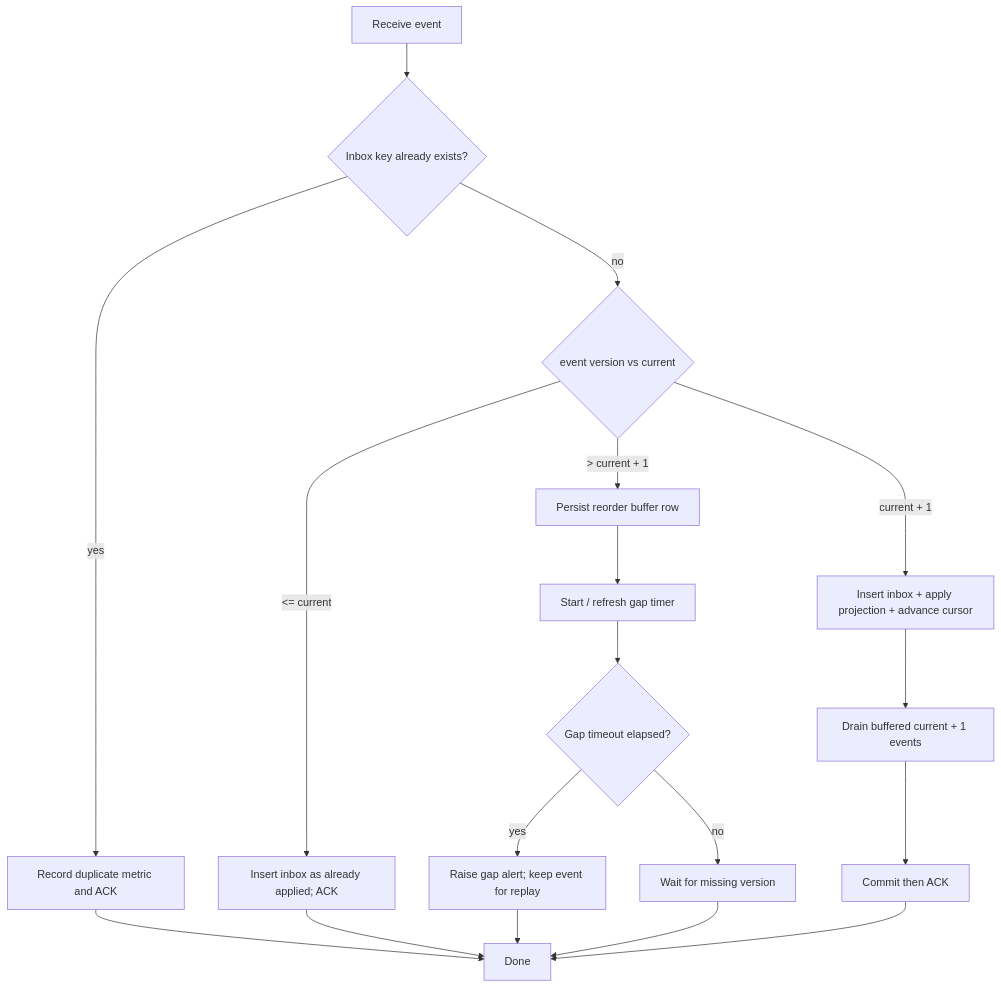
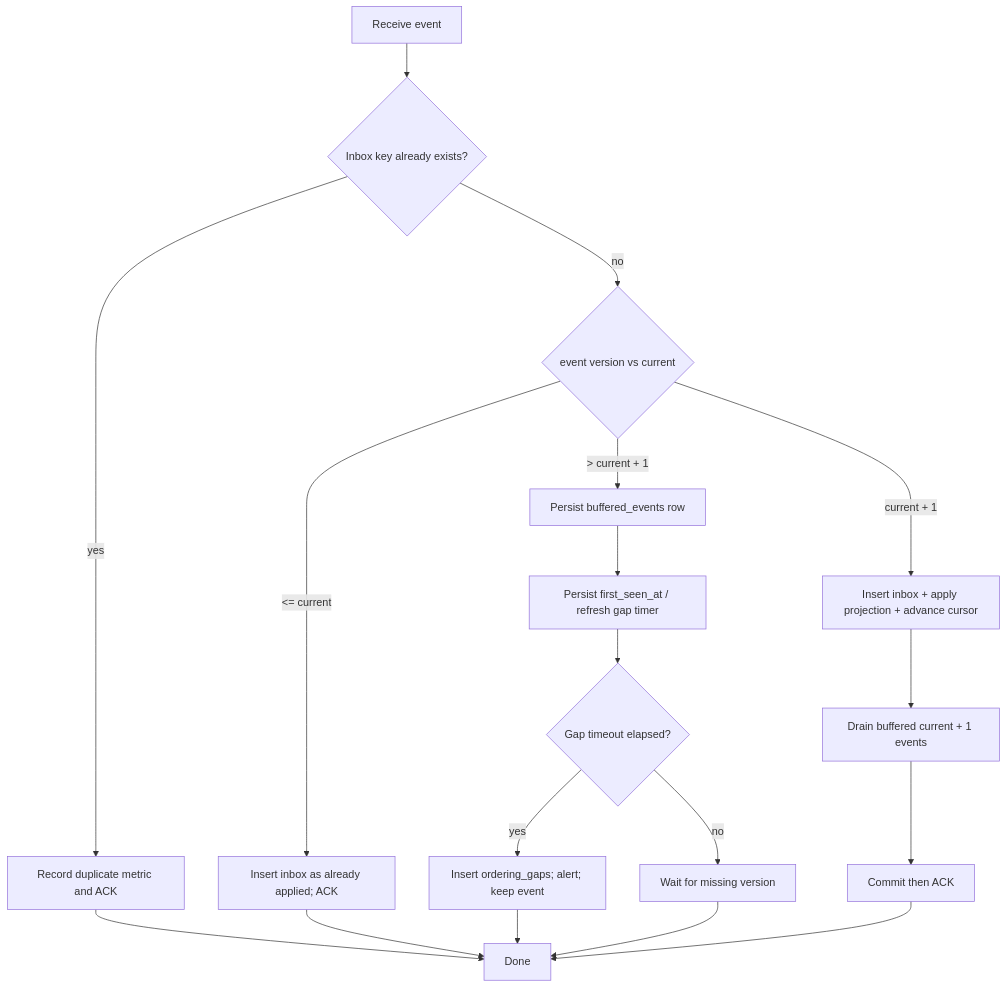
Before and after one commit to prajexec/Wallet: the second of 2 diagrams in docs/outbox-inbox.md, drawn with Mermaid. The commit also changed other lines of this file and 6 other files, not shown here.

````diff
--- a/docs/outbox-inbox.md
+++ b/docs/outbox-inbox.md
@@ -54,20 +57,20 @@
 ```mermaid
 flowchart TD
     Receive[Receive event] --> Inbox{Inbox key already exists?}
     Inbox -->|yes| AckDuplicate[Record duplicate metric and ACK]
     Inbox -->|no| Version{event version vs current}
     Version -->|current + 1| Apply[Insert inbox + apply projection + advance cursor]
     Version -->|<= current| MarkApplied[Insert inbox as already applied; ACK]
-    Version -->|> current + 1| Buffer[Persist reorder buffer row]
-    Buffer --> Timer[Start / refresh gap timer]
+    Version -->|> current + 1| Buffer[Persist buffered_events row]
+    Buffer --> Timer[Persist first_seen_at / refresh gap timer]
     Timer --> Gap{Gap timeout elapsed?}
     Gap -->|no| Wait[Wait for missing version]
-    Gap -->|yes| Alert[Raise gap alert; keep event for replay]
+    Gap -->|yes| Alert[Insert ordering_gaps; alert; keep event]
     Apply --> Drain[Drain buffered current + 1 events]
     Drain --> Ack[Commit then ACK]
     AckDuplicate --> End[Done]
     MarkApplied --> End
     Alert --> End
     Wait --> End
     Ack --> End
 ```
````
